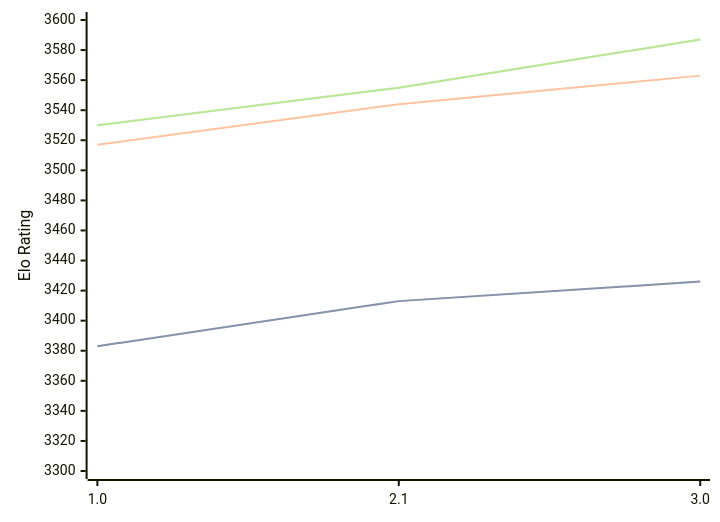
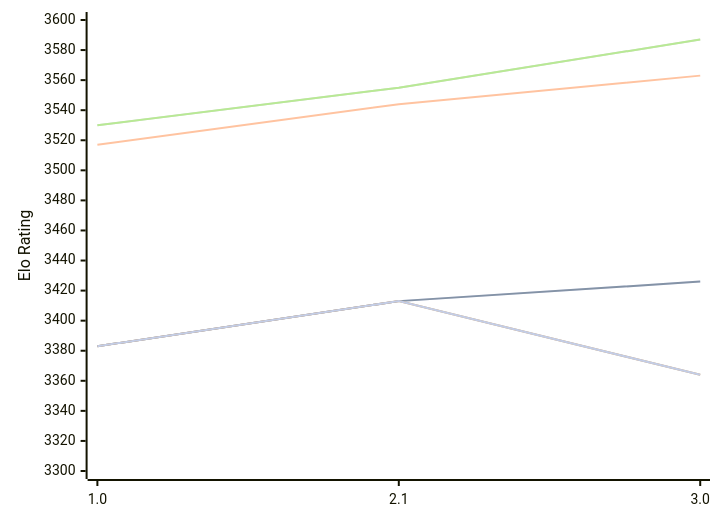
One commit to computer-chess-index/cci changed the diagram in engines/Hobbes.md. Above: the diagram before and after it, drawn with Mermaid. The commit also changed other lines of this file, not shown here.

Commit message:
Update CCI Ratings (ELO VLTC) - 2026-10-11

````diff
--- a/engines/Hobbes.md
+++ b/engines/Hobbes.md
@@ -49,16 +49,13 @@
 ```mermaid
 %%{init: {"theme":"base","themeVariables":{"seriesColors:['#a3a3a3','#222221','#faa371']}}}%%
 xychart-beta
   x-axis ["1.0", "2.1", "3.0"]
   y-axis "Elo Rating" 3300 --> 3600
   line "" [3383, 3413, 3426]
   line "T1: STC (8.0+0.08s)" [3383, 3413, 3426]
   line "T1: LTC (60.0+0.60s)" [3517, 3544, 3563]
   line "" [3530, 3555, 3587]
   line "T1: VLTC (2m24s+1.12s)" [3530, 3555, 3587]
-  line "" [3351]
-  line "E1: STC (8.0+0.08s)" [3351]
-  line "E1: LTC (60.0+0.60s)" [3567]
-  line "" [3594]
-  line "E1: VLTC (2m24s+1.12s)" [3594]
+  line "" [3383, 3413,3364]
+  line "E1: STC (8.0+0.08s)" [3383, 3413,3364]
 ```
````
